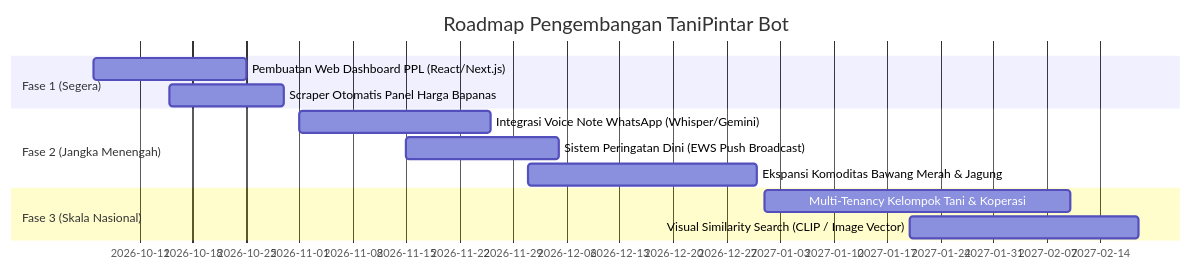
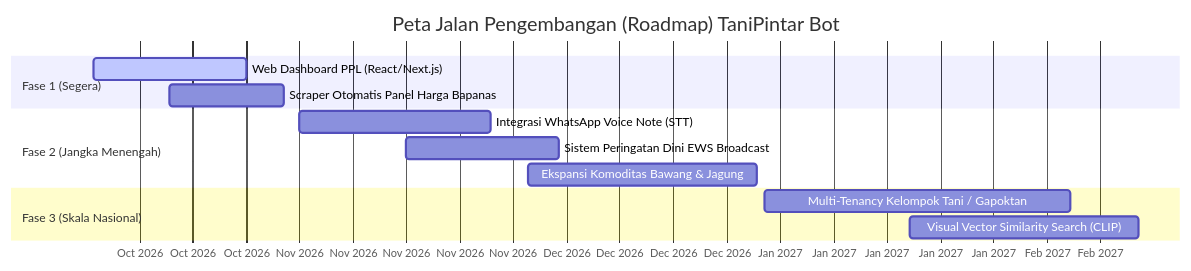
Before and after one commit to Ridhorizqullah/chatbot: the fourth of 4 diagrams in laporan.md, drawn with Mermaid. The commit also changed other lines of this file and 127 other files, not shown here.

````diff
--- a/laporan.md
+++ b/laporan.md
@@ -472,15 +608,19 @@
 ```mermaid
 gantt
-    title Roadmap Pengembangan TaniPintar Bot
+    title Peta Jalan Pengembangan (Roadmap) TaniPintar Bot
     dateFormat  YYYY-MM-DD
+    axisFormat  %b %Y
+    
     section Fase 1 (Segera)
-    Pembuatan Web Dashboard PPL (React/Next.js)      :2026-10-05, 20d
-    Scraper Otomatis Panel Harga Bapanas              :2026-10-15, 15d
+    Web Dashboard PPL (React/Next.js)      :active, f1_1, 2026-10-05, 20d
+    Scraper Otomatis Panel Harga Bapanas   :f1_2, 2026-10-15, 15d
+    
     section Fase 2 (Jangka Menengah)
-    Integrasi Voice Note WhatsApp (Whisper/Gemini)   :2026-11-01, 25d
-    Sistem Peringatan Dini (EWS Push Broadcast)      :2026-11-15, 20d
-    Ekspansi Komoditas Bawang Merah & Jagung          :2026-12-01, 30d
+    Integrasi WhatsApp Voice Note (STT)    :f2_1, 2026-11-01, 25d
+    Sistem Peringatan Dini EWS Broadcast   :f2_2, 2026-11-15, 20d
+    Ekspansi Komoditas Bawang & Jagung     :f2_3, 2026-12-01, 30d
+    
     section Fase 3 (Skala Nasional)
-    Multi-Tenancy Kelompok Tani & Koperasi            :2027-01-01, 40d
-    Visual Similarity Search (CLIP / Image Vector)    :2027-01-20, 30d
+    Multi-Tenancy Kelompok Tani / Gapoktan :f3_1, 2027-01-01, 40d
+    Visual Vector Similarity Search (CLIP) :f3_2, 2027-01-20, 30d
 ```
````
